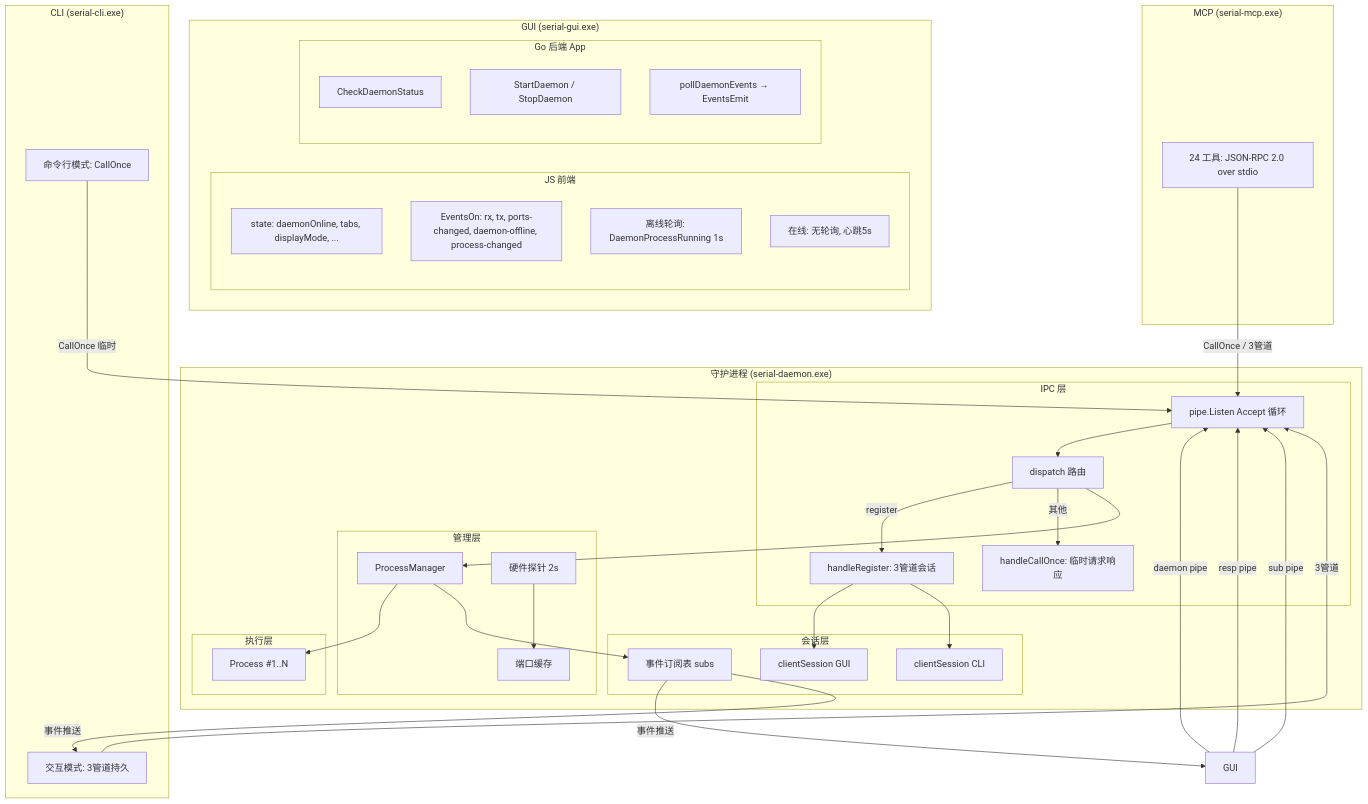
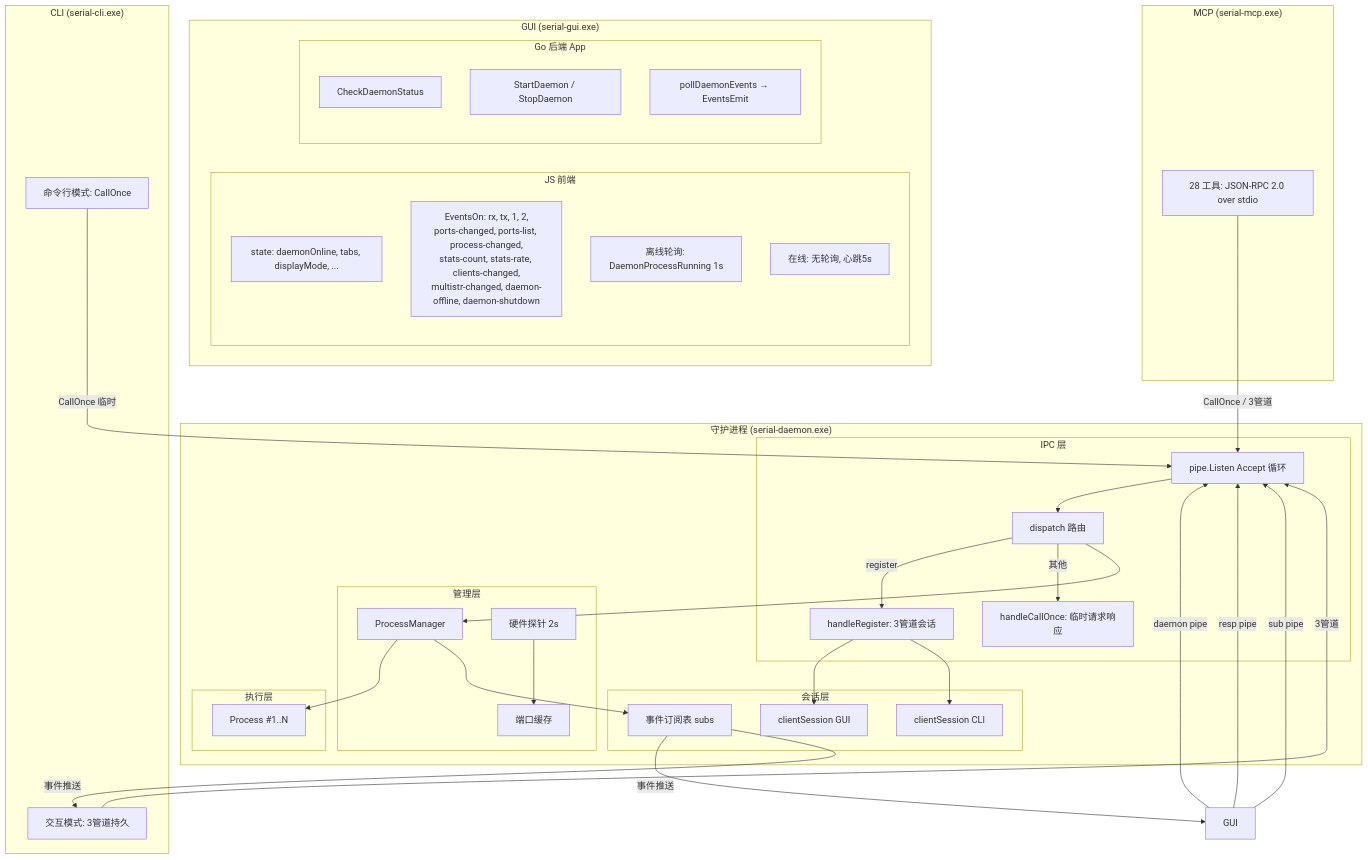
The first of 8 diagrams in 框架文档.md (nienieai/serial-debugger), drawn with Mermaid before and after one commit. The commit also changed other lines of this file and 6 other files, not shown here.

````diff
--- a/框架文档.md
+++ b/框架文档.md
@@ -30,70 +30,70 @@
 ```mermaid
 graph TB
     subgraph "GUI (serial-gui.exe)"
         subgraph "JS 前端"
             STATE[state: daemonOnline, tabs, displayMode, ...]
-            EVENTS[EventsOn: rx, tx, ports-changed, daemon-offline, process-changed]
+            EVENTS[EventsOn: rx, tx, 1, 2,<br/>ports-changed, ports-list, process-changed,<br/>stats-count, stats-rate, clients-changed,<br/>multistr-changed, daemon-offline, daemon-shutdown]
             POLL[离线轮询: DaemonProcessRunning 1s]
             HB[在线: 无轮询, 心跳5s]
         end
         subgraph "Go 后端 App"
             CHECK[CheckDaemonStatus]
             SD[StartDaemon / StopDaemon]
             BRIDGE[pollDaemonEvents → EventsEmit]
         end
     end
 
     subgraph "CLI (serial-cli.exe)"
         CLI_CMD[命令行模式: CallOnce]
         CLI_REPL[交互模式: 3管道持久]
     end
 
     subgraph "MCP (serial-mcp.exe)"
-        MCP_TOOLS[24 工具: JSON-RPC 2.0 over stdio]
+        MCP_TOOLS[28 工具: JSON-RPC 2.0 over stdio]
     end
 
     subgraph "守护进程 (serial-daemon.exe)"
         subgraph "IPC 层"
             LN[pipe.Listen Accept 循环]
             DISPATCH[dispatch 路由]
             REG[handleRegister: 3管道会话]
             CO[handleCallOnce: 临时请求响应]
         end
 
         subgraph "管理层"
             PM2[ProcessManager]
             PROBE[硬件探针 2s]
             CACHE[端口缓存]
         end
 
         subgraph "会话层"
             SESS1[clientSession GUI]
             SESS2[clientSession CLI]
             SUB[事件订阅表 subs]
         end
 
         subgraph "执行层"
             P_ALL[Process #1..N]
         end
     end
 
     GUI -->|daemon pipe| LN
     GUI -->|resp pipe| LN
     GUI -->|sub pipe| LN
     CLI_REPL -->|3管道| LN
     CLI_CMD -->|CallOnce 临时| LN
     MCP_TOOLS -->|CallOnce / 3管道| LN
 
     LN --> DISPATCH
     DISPATCH -->|register| REG
     DISPATCH -->|其他| CO
     REG --> SESS1
     REG --> SESS2
 
     DISPATCH --> PM2
     PM2 --> P_ALL
     PROBE --> CACHE
     PM2 --> SUB
     SUB -->|事件推送| GUI
     SUB -->|事件推送| CLI_REPL
 ```
````
